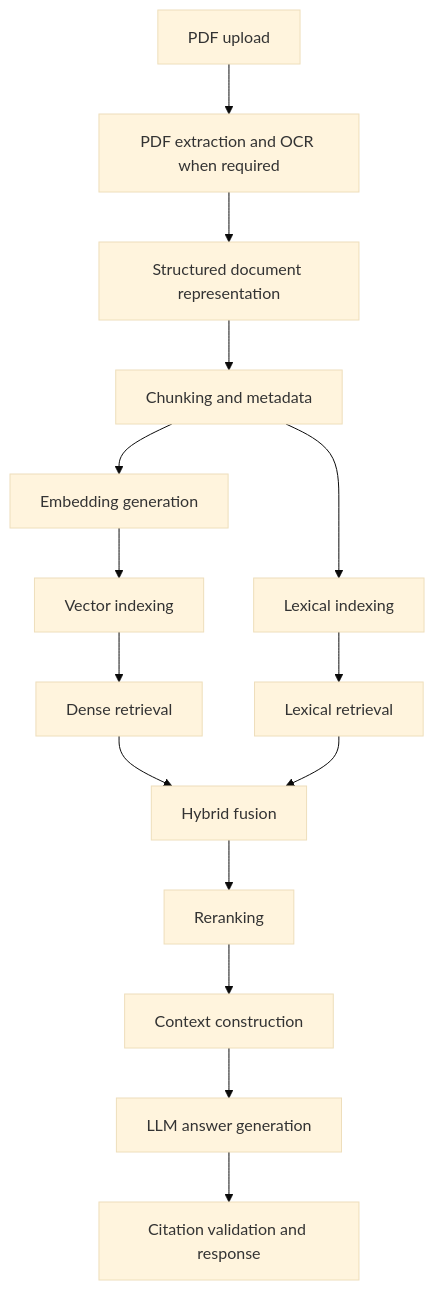
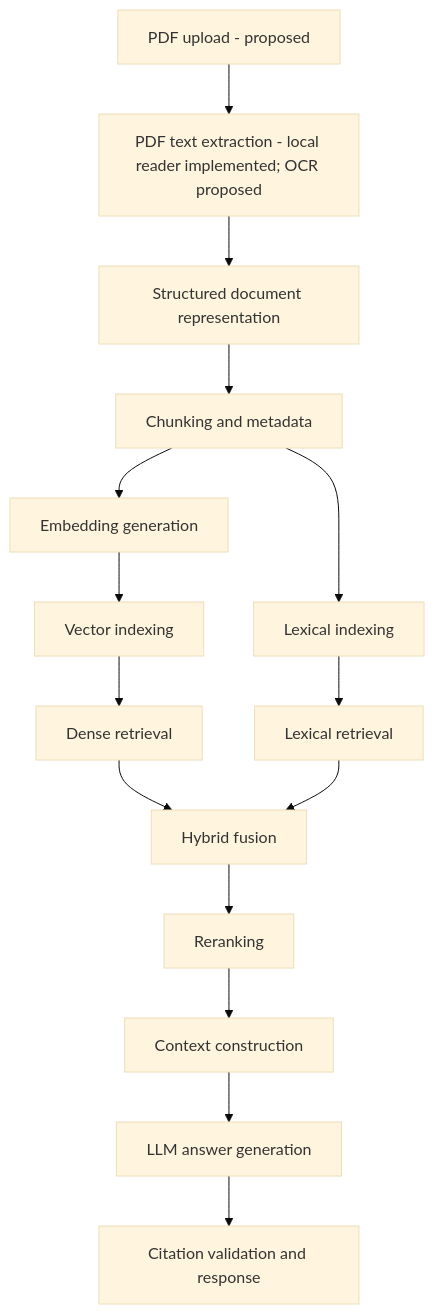
The diagram in flow.md (Kishan-alt9/study-rag-backend), drawn with Mermaid (base theme) before and after one commit. The commit also changed other lines of this file and 5 other files, not shown here.

Commit message:
feat: add PDF text extraction

````diff
--- a/flow.md
+++ b/flow.md
@@ -30,17 +56,17 @@
 ```mermaid
 flowchart TD
-    A[PDF upload] --> B[PDF extraction and OCR when required]
+    A[PDF upload - proposed] --> B[PDF text extraction - local reader implemented; OCR proposed]
     B --> C[Structured document representation]
     C --> D[Chunking and metadata]
     D --> E[Embedding generation]
     E --> F[Vector indexing]
     D --> G[Lexical indexing]
     F --> H[Dense retrieval]
     G --> I[Lexical retrieval]
     H --> J[Hybrid fusion]
     I --> J
     J --> K[Reranking]
     K --> L[Context construction]
     L --> M[LLM answer generation]
     M --> N[Citation validation and response]
 ```
````
